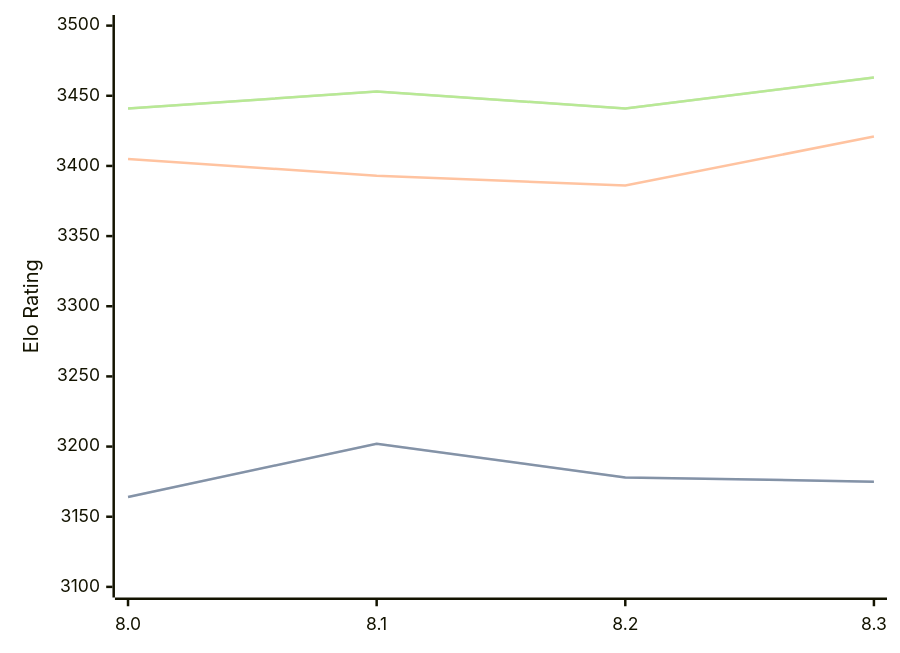
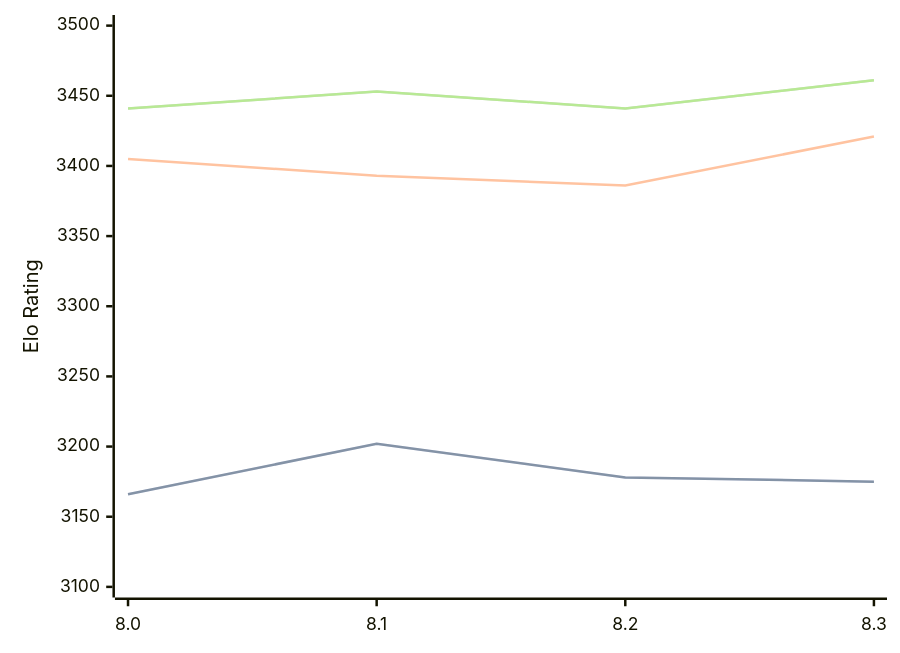
Before and after one commit to computer-chess-index/cci: the diagram in engines/Alexander.md, drawn with Mermaid. The commit also changed other lines of this file, not shown here.

Commit message:
Update CCI Ratings (ELO VLTC) - 2026-04-09

````diff
--- a/engines/Alexander.md
+++ b/engines/Alexander.md
@@ -48,11 +48,11 @@
 ```mermaid
 %%{init: {"theme":"base","themeVariables":{"seriesColors:['#a3a3a3','#222221','#faa371']}}}%%
 xychart-beta
   x-axis ["8.0", "8.1", "8.2", "8.3"]
   y-axis "Elo Rating" 3100 --> 3500
-  line "STC (8.0+0.08s)" [3164, 3202, 3178, 3175]
-  line "STC (8.0+0.08s)" [3164, 3202, 3178, 3175]
+  line "STC (8.0+0.08s)" [3166, 3202, 3178, 3175]
+  line "STC (8.0+0.08s)" [3166, 3202, 3178, 3175]
   line "LTC (60.0+0.60s)" [3405, 3393, 3386, 3421]
-  line "VLTC (2m24s+1.12s)" [3441, 3453, 3441, 3463]
-  line "VLTC (2m24s+1.12s)" [3441, 3453, 3441, 3463]
+  line "VLTC (2m24s+1.12s)" [3441, 3453, 3441, 3461]
+  line "VLTC (2m24s+1.12s)" [3441, 3453, 3441, 3461]
 ```
````
